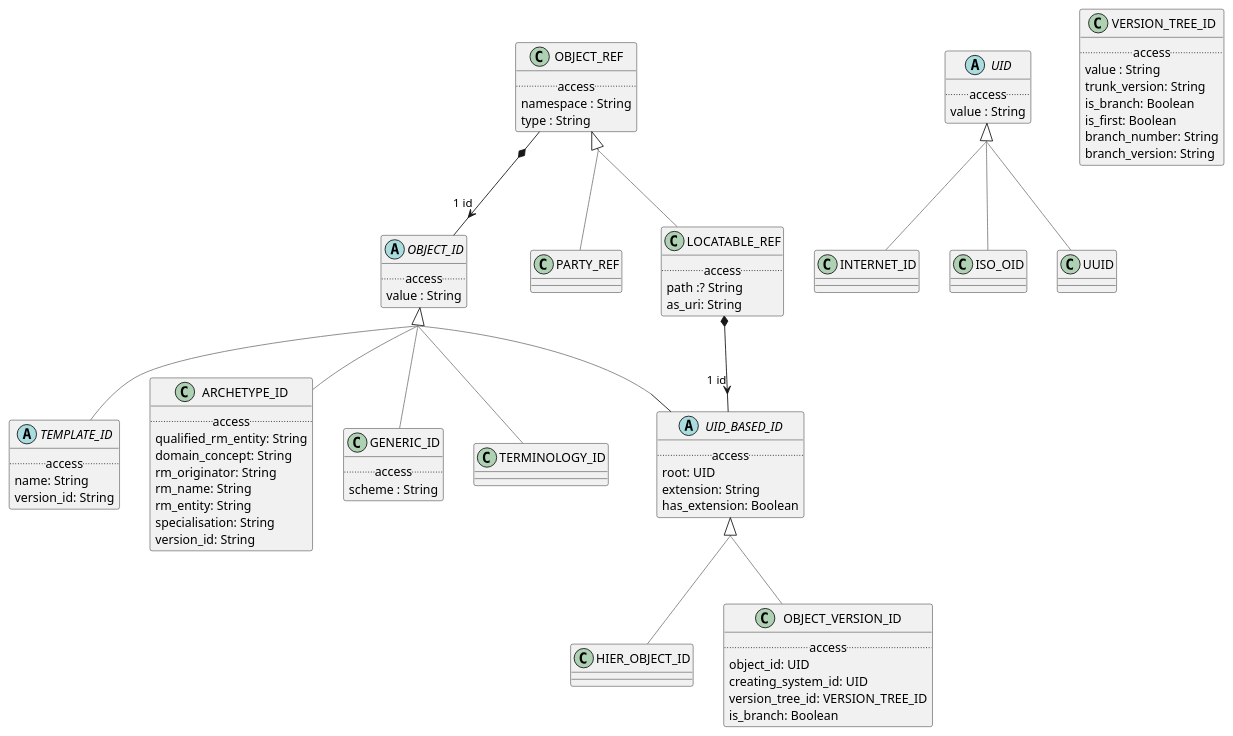
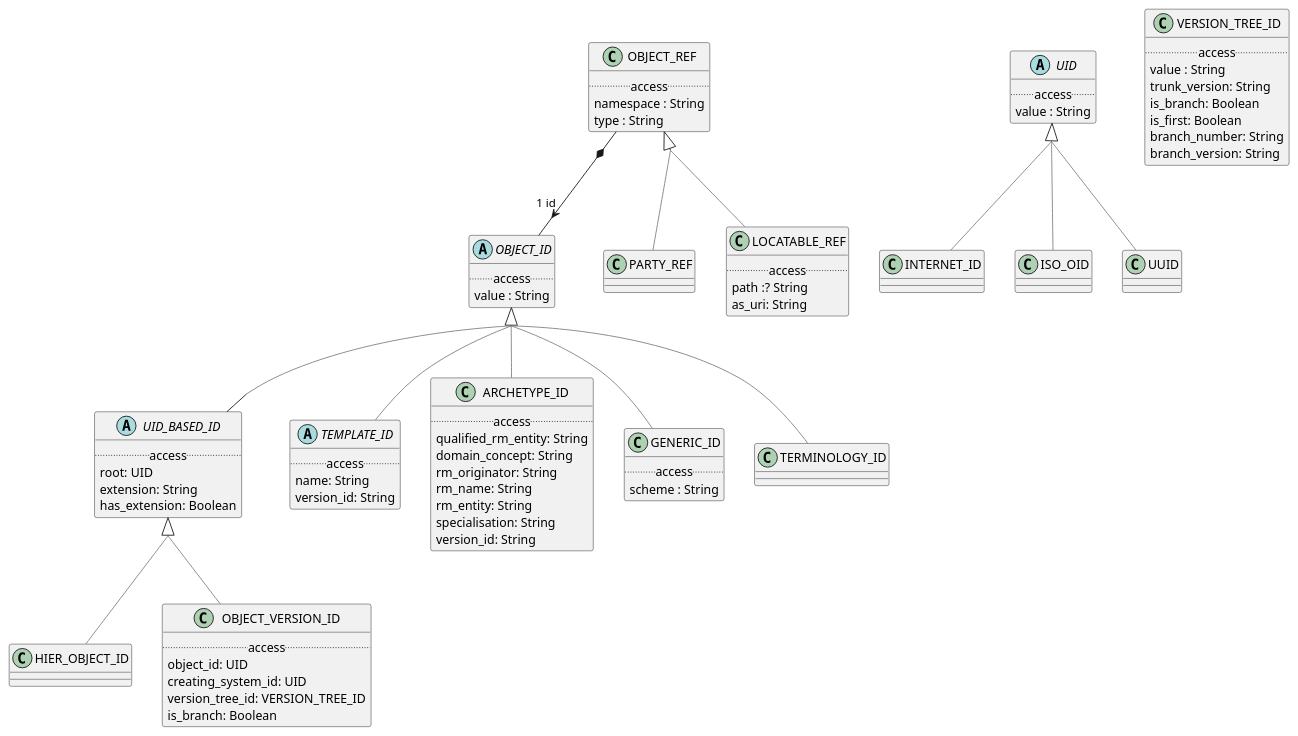
One commit to wolandscat/openehr-doc changed the diagram in modules/ROOT/examples/bmm/representation/identification/identification-package-uml.adoc. Above: the diagram before and after it, drawn with PlantUML. The commit also changed 541 other files, not shown here.

Commit message:
Regen with override markers, and override relations removed from UML.

```diff
--- a/modules/ROOT/examples/bmm/representation/identification/identification-package-uml.adoc
+++ b/modules/ROOT/examples/bmm/representation/identification/identification-package-uml.adoc
@@ -17,7 +17,7 @@
 class INTERNET_ID [[/openehr-doc/latest/representation/identification-gen.html#_class_internet_id]] {
 }
 
-INTERNET_ID -[#gray]up-|> UID  
+INTERNET_ID -[#gray]up-|> UID
 
 
 abstract class UID [[/openehr-doc/latest/representation/identification-gen.html#_class_uid]] {
@@ -41,19 +41,19 @@
         version_id: String
 }
 
-TEMPLATE_ID -[#gray]up-|> OBJECT_ID  
+TEMPLATE_ID -[#gray]up-|> OBJECT_ID
 
 
 class ISO_OID [[/openehr-doc/latest/representation/identification-gen.html#_class_iso_oid]] {
 }
 
-ISO_OID -[#gray]up-|> UID  
+ISO_OID -[#gray]up-|> UID
 
 
 class HIER_OBJECT_ID [[/openehr-doc/latest/representation/identification-gen.html#_class_hier_object_id]] {
 }
 
-HIER_OBJECT_ID -[#gray]up-|> UID_BASED_ID  
+HIER_OBJECT_ID -[#gray]up-|> UID_BASED_ID
 
 
 abstract class UID_BASED_ID [[/openehr-doc/latest/representation/identification-gen.html#_class_uid_based_id]] {
@@ -63,7 +63,7 @@
         has_extension: Boolean
 }
 
-UID_BASED_ID -[#gray]up-|> OBJECT_ID  
+UID_BASED_ID -[#gray]up-|> OBJECT_ID
 
 
 class ARCHETYPE_ID [[/openehr-doc/latest/representation/identification-gen.html#_class_archetype_id]] {
@@ -77,7 +77,7 @@
         version_id: String
 }
 
-ARCHETYPE_ID -[#gray]up-|> OBJECT_ID  
+ARCHETYPE_ID -[#gray]up-|> OBJECT_ID
 
 
 class GENERIC_ID [[/openehr-doc/latest/representation/identification-gen.html#_class_generic_id]] {
@@ -85,7 +85,7 @@
         scheme : String
 }
 
-GENERIC_ID -[#gray]up-|> OBJECT_ID  
+GENERIC_ID -[#gray]up-|> OBJECT_ID
 
 
 class OBJECT_VERSION_ID [[/openehr-doc/latest/representation/identification-gen.html#_class_object_version_id]] {
@@ -96,13 +96,13 @@
         is_branch: Boolean
 }
 
-OBJECT_VERSION_ID -[#gray]up-|> UID_BASED_ID  
+OBJECT_VERSION_ID -[#gray]up-|> UID_BASED_ID
 
 
 class TERMINOLOGY_ID [[/openehr-doc/latest/representation/identification-gen.html#_class_terminology_id]] {
 }
 
-TERMINOLOGY_ID -[#gray]up-|> OBJECT_ID  
+TERMINOLOGY_ID -[#gray]up-|> OBJECT_ID
 
 
 abstract class OBJECT_ID [[/openehr-doc/latest/representation/identification-gen.html#_class_object_id]] {
@@ -113,13 +113,13 @@
 class PARTY_REF [[/openehr-doc/latest/representation/identification-gen.html#_class_party_ref]] {
 }
 
-PARTY_REF -[#gray]up-|> OBJECT_REF  
+PARTY_REF -[#gray]up-|> OBJECT_REF
 
 
 class UUID [[/openehr-doc/latest/representation/identification-gen.html#_class_uuid]] {
 }
 
-UUID -[#gray]up-|> UID  
+UUID -[#gray]up-|> UID
 
 
 class LOCATABLE_REF [[/openehr-doc/latest/representation/identification-gen.html#_class_locatable_ref]] {
@@ -128,9 +128,7 @@
         as_uri: String
 }
 
-LOCATABLE_REF -[#gray]up-|> OBJECT_REF  
+LOCATABLE_REF -[#gray]up-|> OBJECT_REF
 
 
-LOCATABLE_REF *--> "1 id" UID_BASED_ID
-
 ....
```
